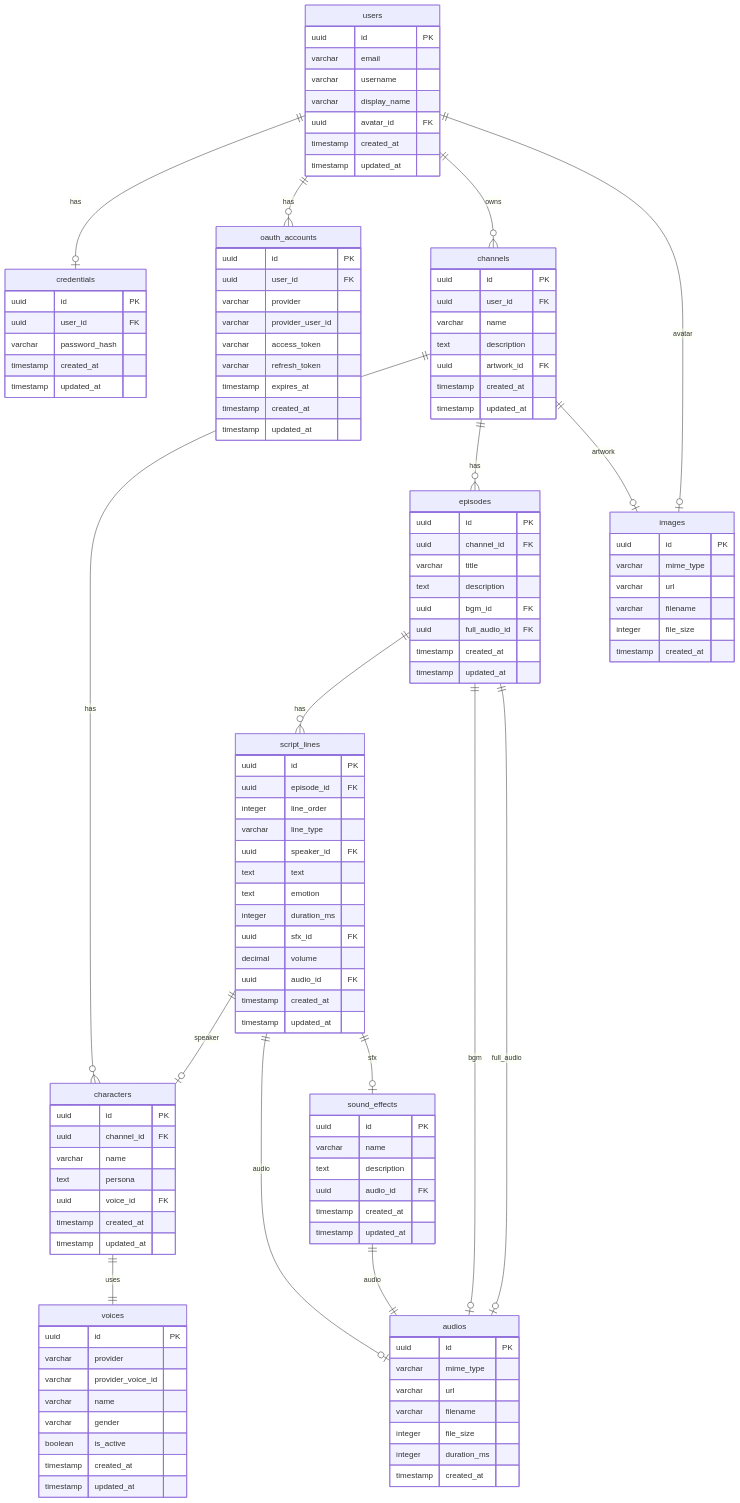
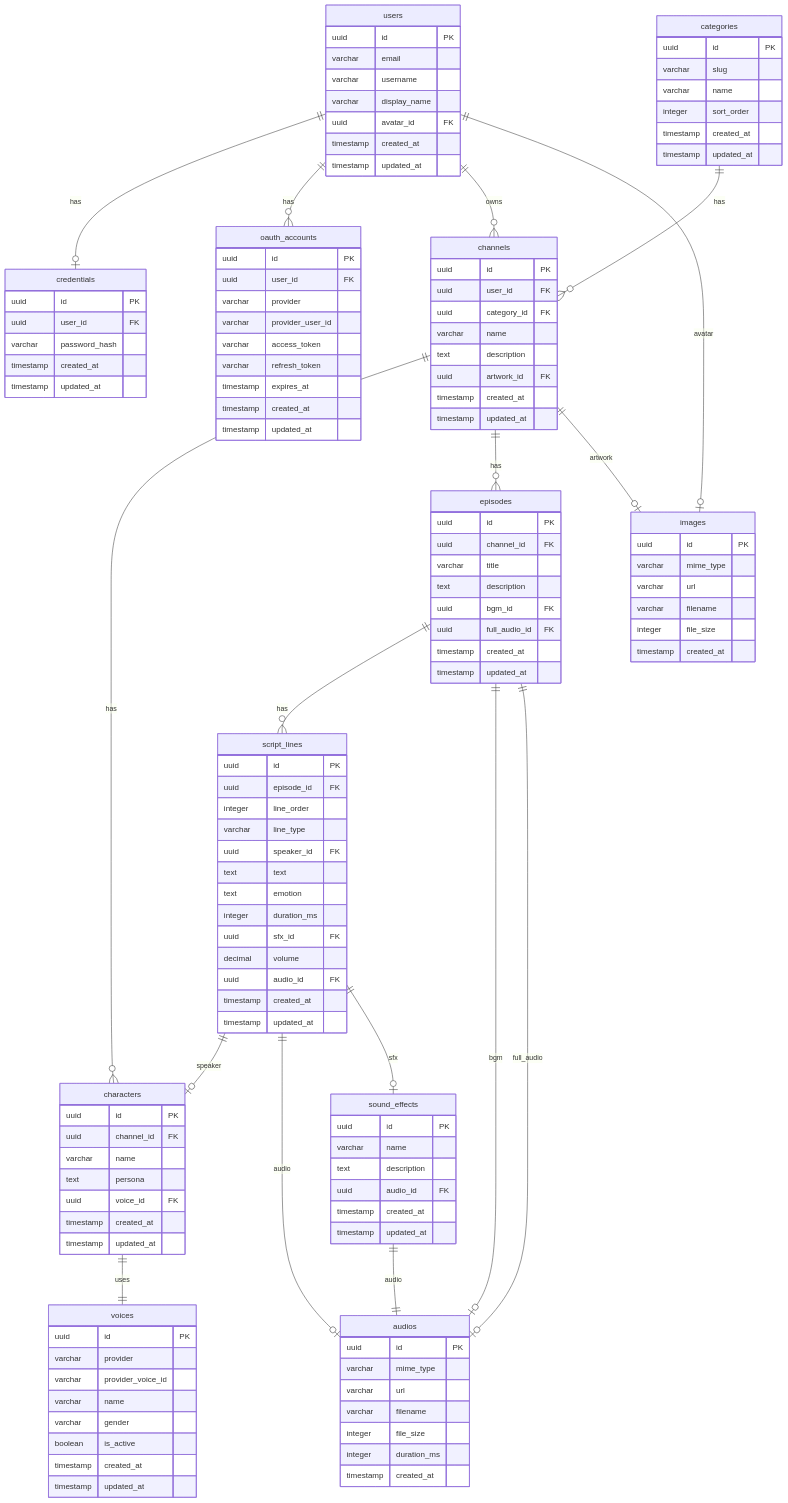
The diagram in docs/database.md (siropaca/anycast-backend), drawn with Mermaid before and after one commit. The commit also changed other lines of this file and 4 other files, not shown here.

```diff
--- a/docs/database.md
+++ b/docs/database.md
@@ -8,6 +8,7 @@
     users ||--o{ oauth_accounts : has
     users ||--o{ channels : owns
     users ||--o| images : avatar
+    categories ||--o{ channels : has
     channels ||--o{ characters : has
     channels ||--o{ episodes : has
     channels ||--o| images : artwork
@@ -50,9 +51,19 @@
         timestamp updated_at
     }
 
+    categories {
+        uuid id PK
+        varchar slug
+        varchar name
+        integer sort_order
+        timestamp created_at
+        timestamp updated_at
+    }
+
     channels {
         uuid id PK
         uuid user_id FK
+        uuid category_id FK
         varchar name
         text description
         uuid artwork_id FK
```
